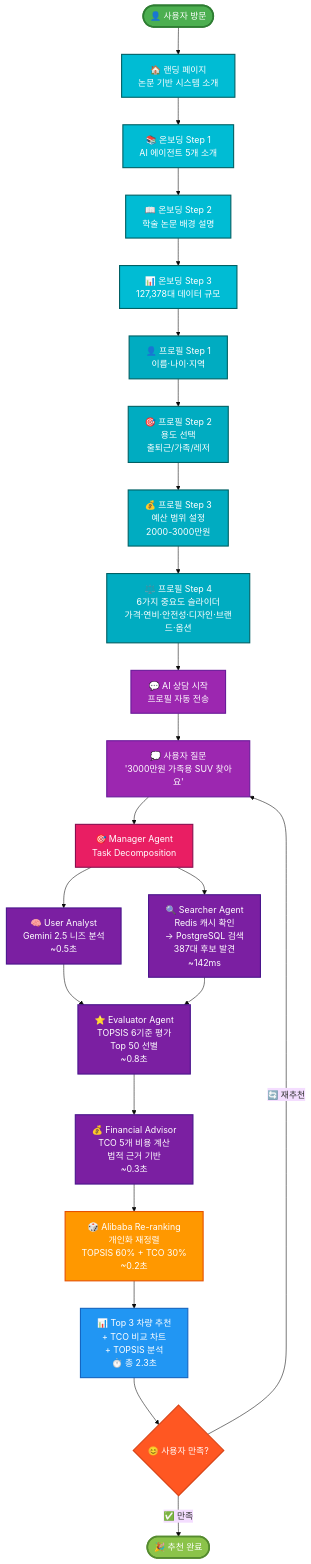
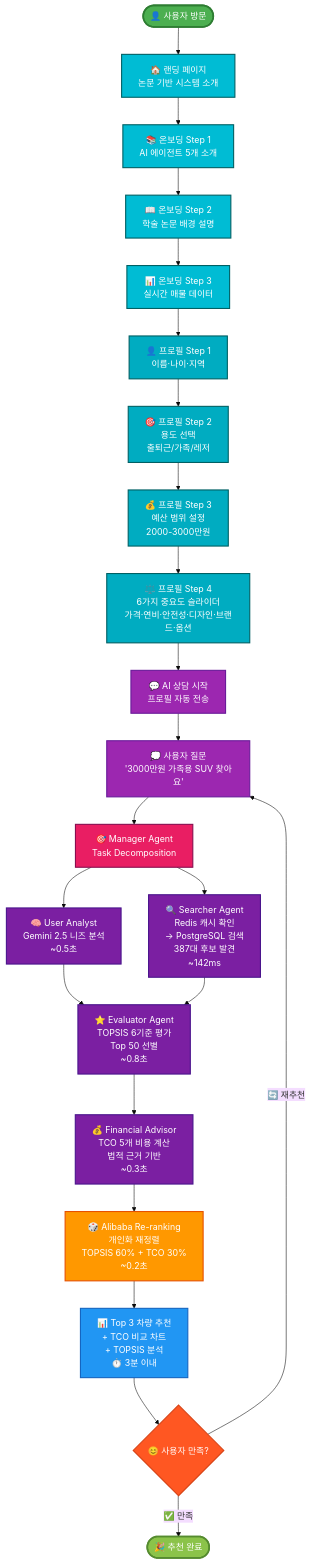
Before and after one commit to SeSAC-DA1/CarFin_AI_Final: the second of 5 diagrams in README.md, drawn with Mermaid (base theme). The commit also changed other lines of this file and 1 other file, not shown here.

First line of the commit message:
📝 Docs: 동적 데이터 표현 개선 (신뢰성 향상)

````diff
--- a/README.md
+++ b/README.md
@@ -191,57 +191,57 @@
 ```mermaid
 flowchart TD
     Start([👤 사용자 방문]) --> Landing[🏠 랜딩 페이지<br/>논문 기반 시스템 소개]
 
     Landing --> Onboarding1[📚 온보딩 Step 1<br/>AI 에이전트 5개 소개]
     Onboarding1 --> Onboarding2[📖 온보딩 Step 2<br/>학술 논문 배경 설명]
-    Onboarding2 --> Onboarding3[📊 온보딩 Step 3<br/>127,378대 데이터 규모]
+    Onboarding2 --> Onboarding3[📊 온보딩 Step 3<br/>실시간 매물 데이터]
 
     Onboarding3 --> Profile1[👤 프로필 Step 1<br/>이름·나이·지역]
     Profile1 --> Profile2[🎯 프로필 Step 2<br/>용도 선택<br/>출퇴근/가족/레저]
     Profile2 --> Profile3[💰 프로필 Step 3<br/>예산 범위 설정<br/>2000-3000만원]
     Profile3 --> Profile4[⚖️ 프로필 Step 4<br/>6가지 중요도 슬라이더<br/>가격·연비·안전성·디자인·브랜드·옵션]
 
     Profile4 --> ChatStart[💬 AI 상담 시작<br/>프로필 자동 전송]
 
     ChatStart --> UserInput["💭 사용자 질문<br/>'3000만원 가족용 SUV 찾아요'"]
 
     UserInput --> Manager[🎯 Manager Agent<br/>Task Decomposition]
 
     Manager --> UserAnalyst[🧠 User Analyst<br/>Gemini 2.5 니즈 분석<br/>~0.5초]
     Manager --> Searcher[🔍 Searcher Agent<br/>Redis 캐시 확인<br/>→ PostgreSQL 검색<br/>387대 후보 발견<br/>~142ms]
 
     UserAnalyst --> Evaluator
     Searcher --> Evaluator[⭐ Evaluator Agent<br/>TOPSIS 6기준 평가<br/>Top 50 선별<br/>~0.8초]
 
     Evaluator --> Financial[💰 Financial Advisor<br/>TCO 5개 비용 계산<br/>법적 근거 기반<br/>~0.3초]
 
     Financial --> Reranking[🎲 Alibaba Re-ranking<br/>개인화 재정렬<br/>TOPSIS 60% + TCO 30%<br/>~0.2초]
 
-    Reranking --> Result[📊 Top 3 차량 추천<br/>+ TCO 비교 차트<br/>+ TOPSIS 분석<br/>⏱️ 총 2.3초]
+    Reranking --> Result[📊 Top 3 차량 추천<br/>+ TCO 비교 차트<br/>+ TOPSIS 분석<br/>⏱️ 3분 이내]
 
     Result --> UserSatisfied{😊 사용자 만족?}
 
     UserSatisfied -->|"✅ 만족"| End([🎉 추천 완료])
     UserSatisfied -->|"🔄 재추천"| UserInput
 
     style Start fill:#4CAF50,stroke:#2E7D32,stroke-width:3px,color:#fff
     style Landing fill:#00BCD4,stroke:#006064,stroke-width:2px,color:#fff
     style Onboarding1 fill:#00BCD4,stroke:#006064,stroke-width:2px,color:#fff
     style Onboarding2 fill:#00BCD4,stroke:#006064,stroke-width:2px,color:#fff
     style Onboarding3 fill:#00BCD4,stroke:#006064,stroke-width:2px,color:#fff
     style Profile1 fill:#00ACC1,stroke:#006064,stroke-width:2px,color:#fff
     style Profile2 fill:#00ACC1,stroke:#006064,stroke-width:2px,color:#fff
     style Profile3 fill:#00ACC1,stroke:#006064,stroke-width:2px,color:#fff
     style Profile4 fill:#00ACC1,stroke:#006064,stroke-width:2px,color:#fff
     style ChatStart fill:#9C27B0,stroke:#6A1B9A,stroke-width:2px,color:#fff
     style UserInput fill:#9C27B0,stroke:#6A1B9A,stroke-width:2px,color:#fff
     style Manager fill:#E91E63,stroke:#880E4F,stroke-width:2px,color:#fff
     style UserAnalyst fill:#7B1FA2,stroke:#4A148C,stroke-width:2px,color:#fff
     style Searcher fill:#7B1FA2,stroke:#4A148C,stroke-width:2px,color:#fff
     style Evaluator fill:#7B1FA2,stroke:#4A148C,stroke-width:2px,color:#fff
     style Financial fill:#7B1FA2,stroke:#4A148C,stroke-width:2px,color:#fff
     style Reranking fill:#FF9800,stroke:#E65100,stroke-width:2px,color:#fff
     style Result fill:#2196F3,stroke:#1565C0,stroke-width:2px,color:#fff
     style UserSatisfied fill:#FF5722,stroke:#D84315,stroke-width:2px,color:#fff
     style End fill:#8BC34A,stroke:#558B2F,stroke-width:3px,color:#fff
 ```
````
